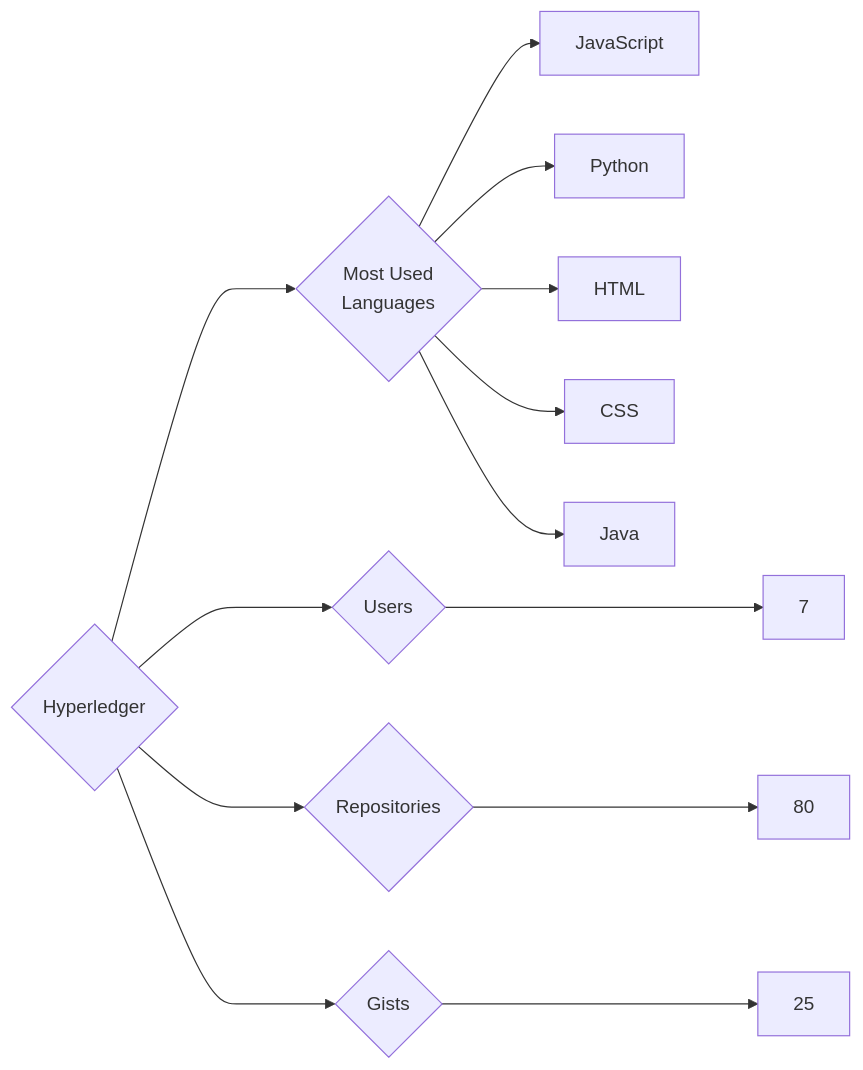
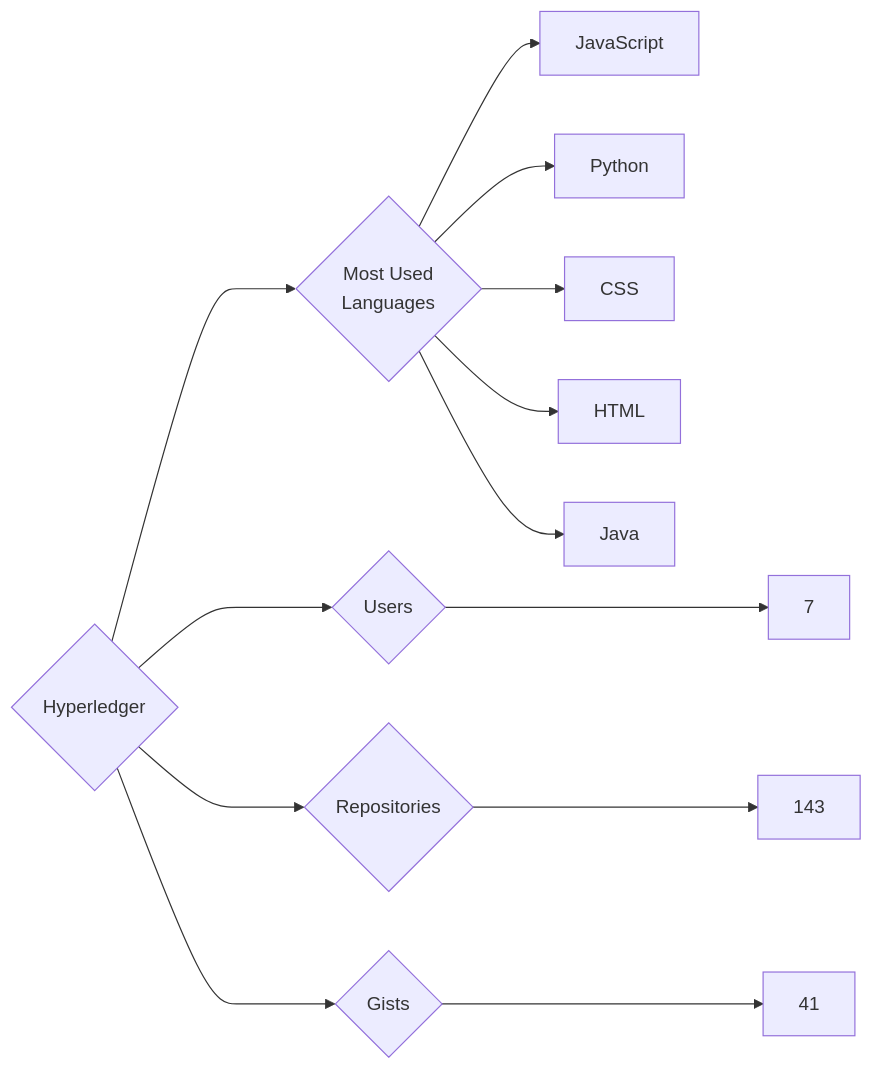
The diagram in targets/Hyperledger/README.md (trickest/insiders), drawn with Mermaid before and after one commit. The commit also changed 1078 other files, not shown here.

````diff
--- a/targets/Hyperledger/README.md
+++ b/targets/Hyperledger/README.md
@@ -3,13 +3,13 @@
 ```mermaid
 graph LR
 COMPANY_NAME{Hyperledger}
 COMPANY_NAME ---> U{Users} ---> UN[7]
-COMPANY_NAME ---> R{Repositories} ---> RN[80]
-COMPANY_NAME ---> G{Gists} ---> GN[25]
+COMPANY_NAME ---> R{Repositories} ---> RN[143]
+COMPANY_NAME ---> G{Gists} ---> GN[41]
 COMPANY_NAME ---> ML{Most Used<br>Languages}
 ML --> JavaScript[JavaScript]
 ML --> Python[Python]
+ML --> CSS[CSS]
 ML --> HTML[HTML]
-ML --> CSS[CSS]
 ML --> Java[Java]
 ```
````
